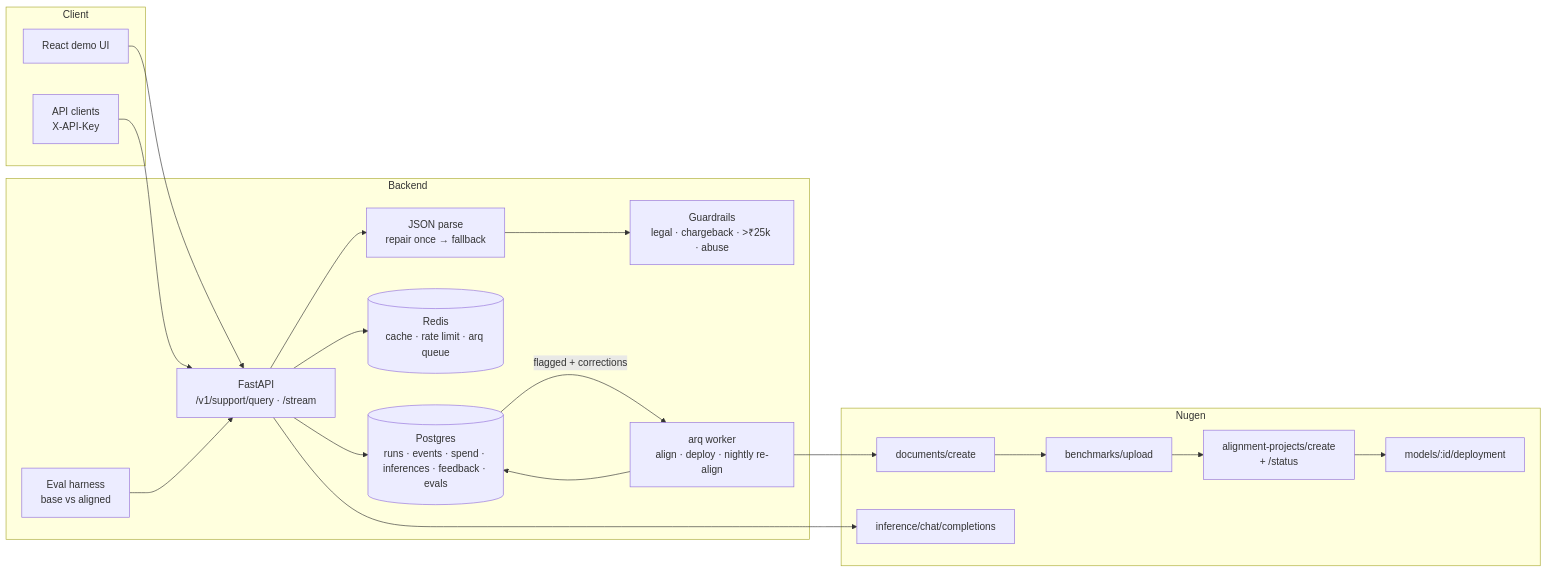
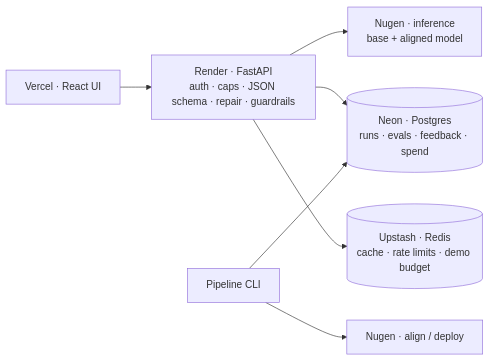
The diagram in README.md (Shelunagori/brand-support-copilot), drawn with Mermaid before and after one commit. The commit also changed other lines of this file and 11 other files, not shown here.

````diff
--- a/README.md
+++ b/README.md
@@ -103,33 +53,9 @@
 ```mermaid
 flowchart LR
-  subgraph Client
-    UI[React demo UI]
-    API_C[API clients<br/>X-API-Key]
-  end
-  subgraph Backend
-    A[FastAPI<br/>/v1/support/query · /stream]
-    G[Guardrails<br/>legal · chargeback · >₹25k · abuse]
-    P[JSON parse<br/>repair once → fallback]
-    R[(Redis<br/>cache · rate limit · arq queue)]
-    DB[(Postgres<br/>runs · events · spend · inferences · feedback · evals)]
-    W[arq worker<br/>align · deploy · nightly re-align]
-    E[Eval harness<br/>base vs aligned]
-  end
-  subgraph Nugen
-    N1[documents/create]
-    N2[benchmarks/upload]
-    N3[alignment-projects/create<br/>+ /status]
-    N4[models/:id/deployment]
-    N5[inference/chat/completions]
-  end
-  UI --> A
-  API_C --> A
-  A --> R
-  A --> P --> G
-  A --> N5
-  A --> DB
-  W --> N1 --> N2 --> N3 --> N4
-  W --> DB
-  E --> A
-  DB -- flagged + corrections --> W
+  UI["Vercel · React UI"] --> API["Render · FastAPI<br/>auth · caps · JSON schema · repair · guardrails"]
+  API --> INF["Nugen · inference<br/>base + aligned model"]
+  CLI["Pipeline CLI"] --> ALIGN["Nugen · align / deploy"]
+  API --> PG[("Neon · Postgres<br/>runs · evals · feedback · spend")]
+  API --> RD[("Upstash · Redis<br/>cache · rate limits · demo budget")]
+  CLI --> PG
 ```
````
